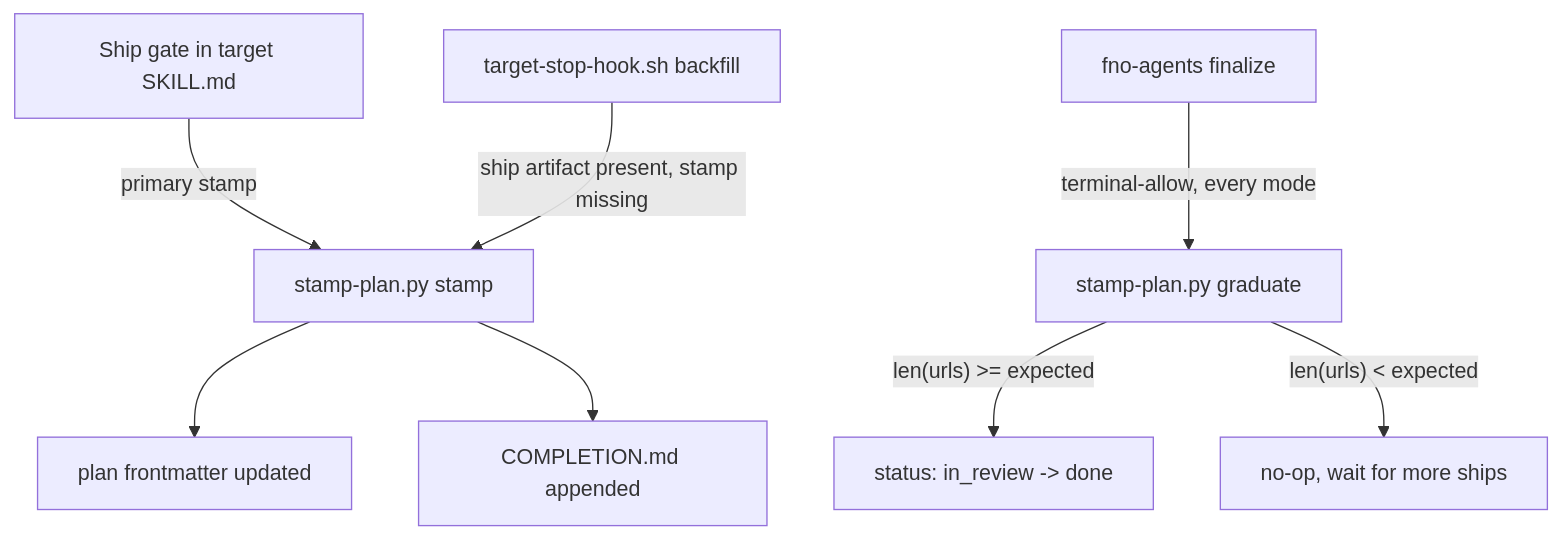
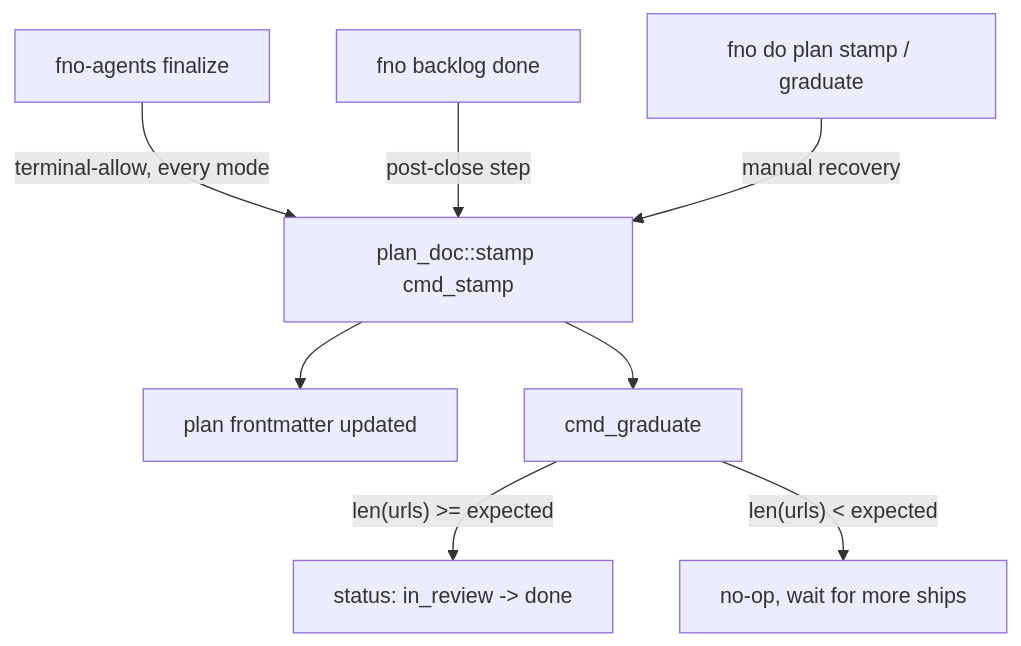
Before and after one commit to bllshttng/fno: the diagram in docs/architecture/plan-completion-stamp.md, drawn with Mermaid. The commit also changed other lines of this file and 5 other files, not shown here.

First line of the commit message:
docs: stop teaching retired inbox verbs and the deleted plan stamper

````diff
--- a/docs/architecture/plan-completion-stamp.md
+++ b/docs/architecture/plan-completion-stamp.md
@@ -100,12 +96,10 @@
 ```mermaid
 flowchart TD
-    SHIP[Ship gate in target SKILL.md] -->|primary stamp| SP[stamp-plan.py stamp]
+    FIN[fno-agents finalize] -->|terminal-allow, every mode| SP[plan_doc::stamp cmd_stamp]
+    DONE[fno backlog done] -->|post-close step| SP
+    MAN[fno do plan stamp / graduate] -->|manual recovery| SP
     SP --> FM[plan frontmatter updated]
-    SP --> CM[COMPLETION.md appended]
-
-    FIN[fno-agents finalize] -->|terminal-allow, every mode| GRAD[stamp-plan.py graduate]
-    GRAD -->|"len(urls) >= expected"| DONE[status: in_review -> done]
+    SP --> GRAD[cmd_graduate]
+    GRAD -->|"len(urls) >= expected"| OK[status: in_review -> done]
     GRAD -->|"len(urls) < expected"| NOOP[no-op, wait for more ships]
-
-    HOOK[target-stop-hook.sh backfill] -->|ship artifact present, stamp missing| SP
 ```
````
